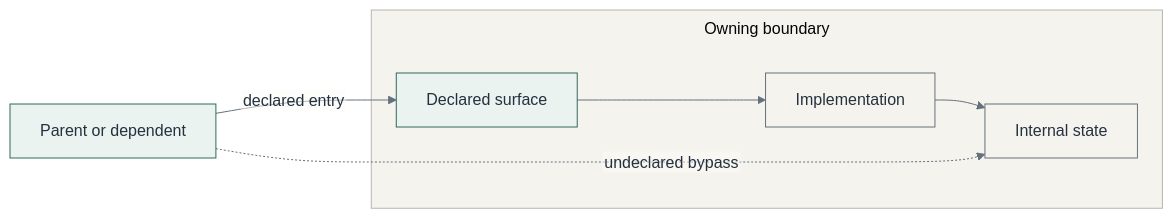
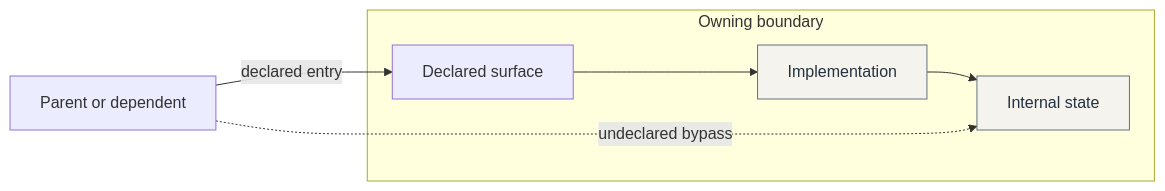
One commit to sarada-io/contract-graph changed the fourth of 5 diagrams in docs/architecture-considerations.md. Above: the diagram before and after it, drawn with Mermaid. The commit also changed other lines of this file and 137 other files, not shown here.

````diff
--- a/docs/architecture-considerations.md
+++ b/docs/architecture-considerations.md
@@ -227,31 +187,13 @@
 ```mermaid
----
-config:
-  theme: base
-  fontFamily: 'Verdana, sans-serif'
-  flowchart:
-    htmlLabels: false
-    subGraphTitleMargin:
-      top: 8
-      bottom: 20
-  themeVariables:
-    primaryColor: '#EAF3EF'
-    primaryTextColor: '#24313F'
-    primaryBorderColor: '#31685D'
-    lineColor: '#64717D'
-    edgeLabelBackground: '#FCFBF8'
-    clusterBkg: '#F5F3ED'
-    clusterBorder: '#B7B6AE'
----
 flowchart LR
   accTitle: Declared entry and an illustrative bypass
   accDescr: A caller enters an owning boundary through its declared surface, which leads to implementation and internal state. A separate dashed route from the caller to internal state illustrates an undeclared bypass requiring review.
   Caller["Parent or dependent"] -->|declared entry| Surface
   subgraph Unit["Owning boundary"]
     Surface["Declared surface"] --> Impl["Implementation"]
     Impl --> Internal["Internal state"]
   end
   Caller -.->|undeclared bypass| Internal
   classDef support fill:#F5F3ED,stroke:#64717D,color:#24313F
   class Impl,Internal support
 ```
````
